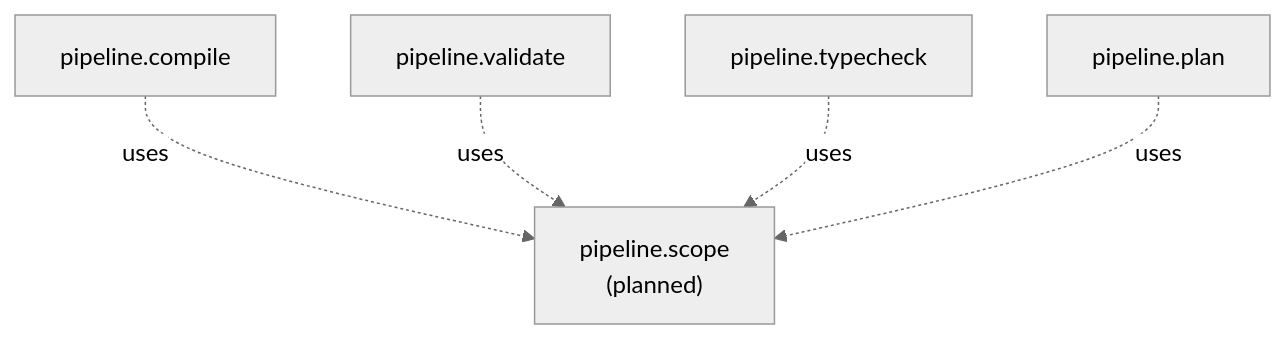
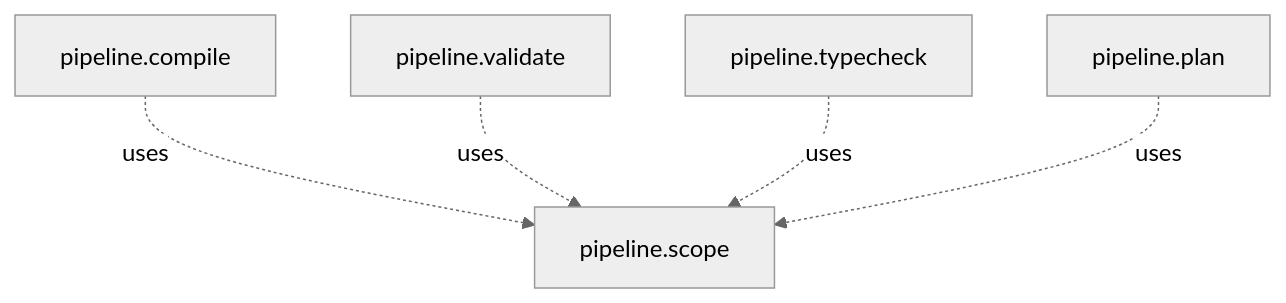
One commit to culsma/culsma changed the second of 2 diagrams in docs/architecture/pipeline/pipeline_module_diagrams.md. Above: the diagram before and after it, drawn with Mermaid (neutral theme). The commit also changed other lines of this file and 22 other files, not shown here.

Commit message:
pipeline: add scope-aware local variable semantics

````diff
--- a/docs/architecture/pipeline/pipeline_module_diagrams.md
+++ b/docs/architecture/pipeline/pipeline_module_diagrams.md
@@ -44,13 +45,13 @@
 ```mermaid
 flowchart TB
-    Scope["pipeline.scope<br/>(planned)"]
+    Scope["pipeline.scope"]
     Compile["pipeline.compile"]
     Validate["pipeline.validate"]
     Typecheck["pipeline.typecheck"]
     Plan["pipeline.plan"]
 
     Compile -. uses .-> Scope
     Validate -. uses .-> Scope
     Typecheck -. uses .-> Scope
     Plan -. uses .-> Scope
 ```
````
